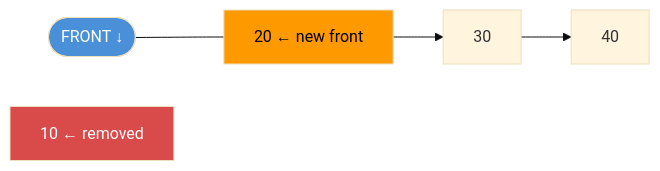
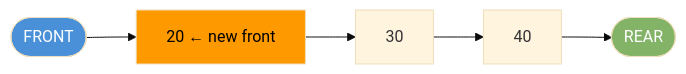
One commit to valarpirai/software-enginneering changed the third of 3 diagrams in docs/04-queue.md. Above: the diagram before and after it, drawn with Mermaid (base theme). The commit also changed other lines of this file, not shown here.

````diff
--- a/docs/04-queue.md
+++ b/docs/04-queue.md
@@ -50,12 +63,11 @@
 ```mermaid
 graph LR
-    FRONT(["FRONT ↓"])
-    N1["10  ← removed"]
-    N2["20  ← new front"]
-    N3["30"]
-    N4["40"]
-    FRONT --- N2 --> N3 --> N4
+    FRONT(["FRONT"])
+    N2["20 ← new front"] --> N3["30"] --> N4["40"]
+    REAR(["REAR"])
+    FRONT --> N2
+    N4 --> REAR
     style FRONT fill:#4a90d9,color:#fff
-    style N1 fill:#d94a4a,color:#fff
+    style REAR fill:#82b366,color:#fff
     style N2 fill:#ff9900,color:#000
 ```
````
